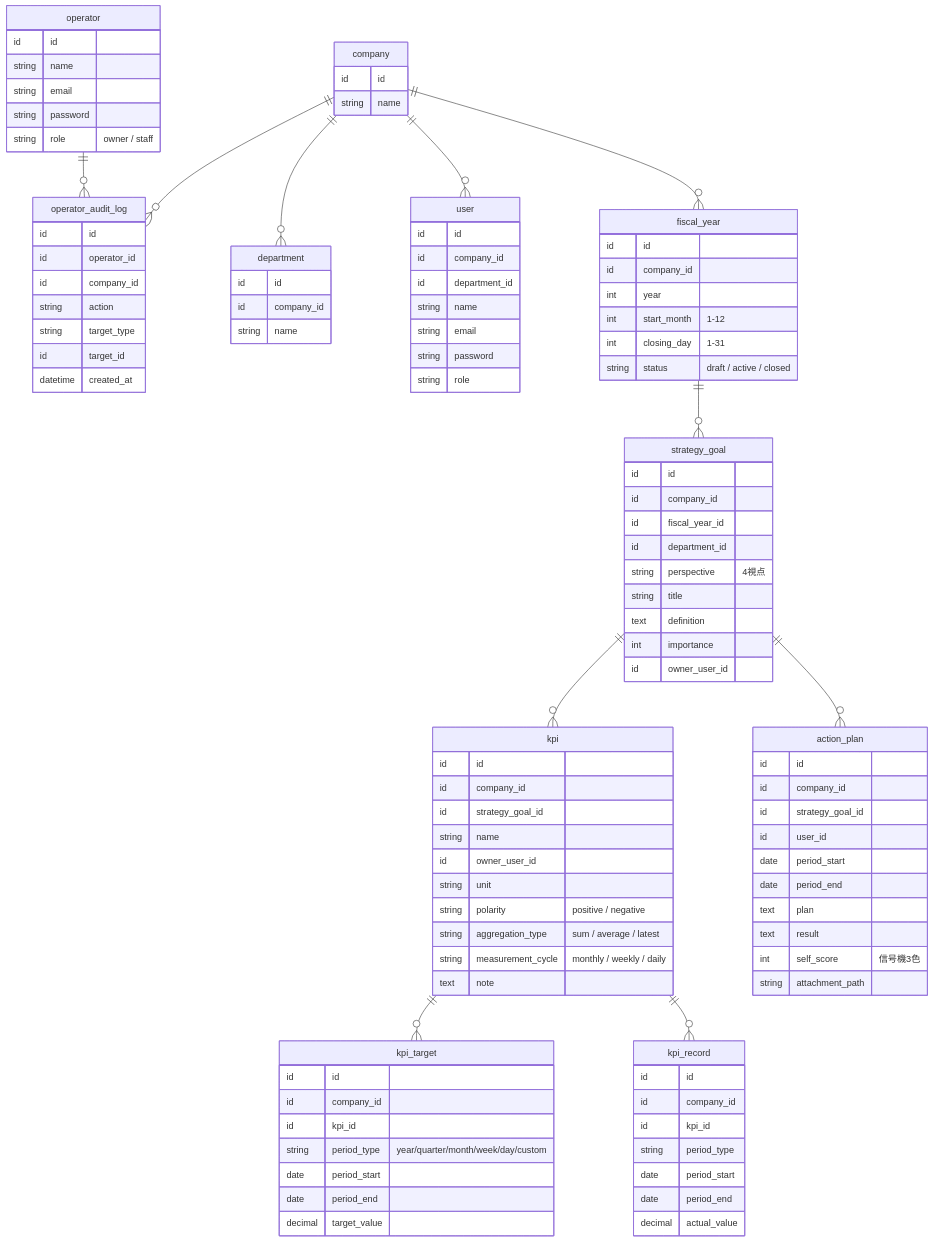
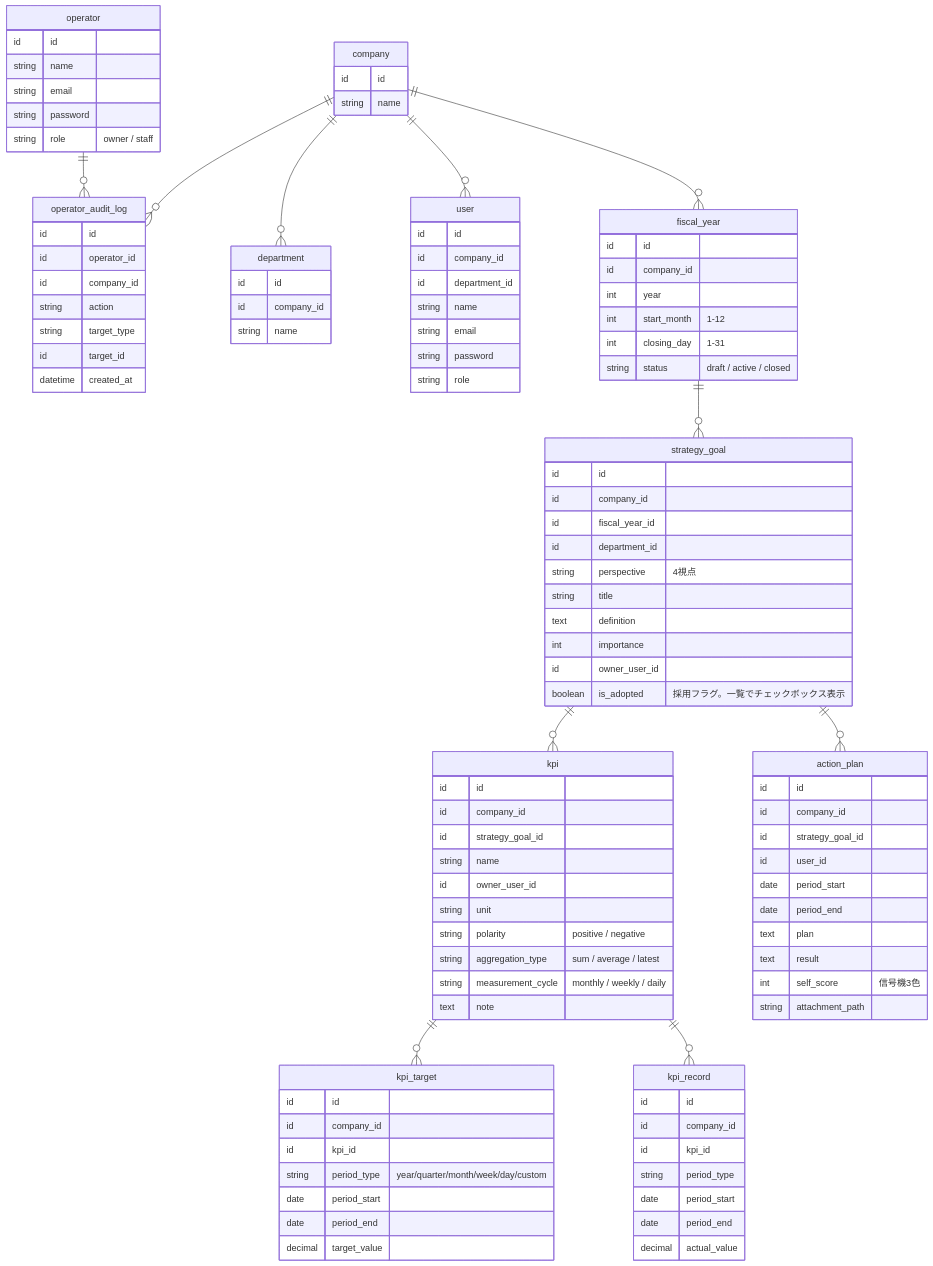
One commit to yuto-ogata25/Nami changed the diagram in docs/database/er-diagram.md. Above: the diagram before and after it, drawn with Mermaid. The commit also changed other lines of this file and 34 other files, not shown here.

```diff
--- a/docs/database/er-diagram.md
+++ b/docs/database/er-diagram.md
@@ -69,6 +69,7 @@
         text definition
         int importance
         id owner_user_id
+        boolean is_adopted "採用フラグ。一覧でチェックボックス表示"
     }
     kpi {
         id id
```
